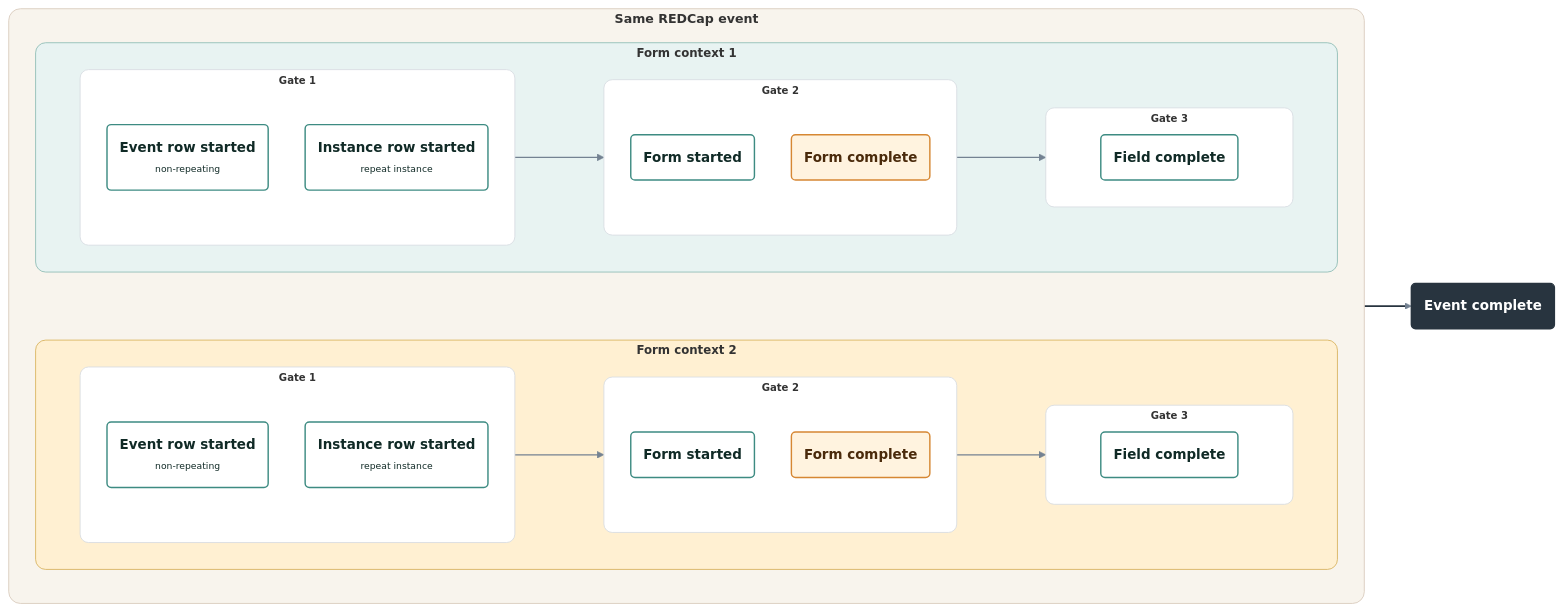
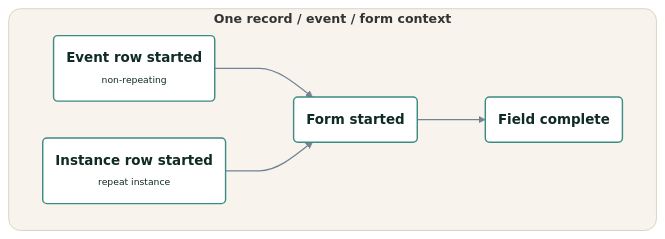
The diagram in README.Rmd (blankuzr/redcapmissing), drawn with Mermaid before and after one commit. The commit also changed other lines of this file and 22 other files, not shown here.

````diff
--- a/README.Rmd
+++ b/README.Rmd
@@ -75,75 +73,20 @@
 ```mermaid
 %%{init: {"flowchart": {"curve": "monotoneX", "nodeSpacing": 44, "rankSpacing": 56}, "themeVariables": {"fontFamily": "Aptos, Segoe UI, Helvetica, Arial, sans-serif"}}}%%
 flowchart LR
-  subgraph EV["<span style='font-size:15px;font-weight:700'>Same REDCap event</span>"]
-    direction TB
-
-    subgraph F1["<span style='font-size:14px;font-weight:700'>Form context 1</span>"]
-      direction LR
-      subgraph G1A["<span style='font-size:12px;font-weight:700'>Gate 1</span>"]
-        direction TB
-        A1("<span style='font-size:16px;font-weight:700'>Event row started</span><br/><span style='font-size:11px;color:#5f6f7c'>non-repeating</span>")
-        B1("<span style='font-size:16px;font-weight:700'>Instance row started</span><br/><span style='font-size:11px;color:#5f6f7c'>repeat instance</span>")
-      end
-
-      subgraph G2A["<span style='font-size:12px;font-weight:700'>Gate 2</span>"]
-        direction TB
-        C1("<span style='font-size:16px;font-weight:700'>Form started</span>")
-        D1("<span style='font-size:16px;font-weight:700'>Form complete</span>")
-      end
-
-      subgraph G3A["<span style='font-size:12px;font-weight:700'>Gate 3</span>"]
-        E1("<span style='font-size:16px;font-weight:700'>Field complete</span>")
-      end
-    end
-
-    subgraph F2["<span style='font-size:14px;font-weight:700'>Form context 2</span>"]
-      direction LR
-      subgraph G1B["<span style='font-size:12px;font-weight:700'>Gate 1</span>"]
-        direction TB
-        A2("<span style='font-size:16px;font-weight:700'>Event row started</span><br/><span style='font-size:11px;color:#5f6f7c'>non-repeating</span>")
-        B2("<span style='font-size:16px;font-weight:700'>Instance row started</span><br/><span style='font-size:11px;color:#5f6f7c'>repeat instance</span>")
-      end
-
-      subgraph G2B["<span style='font-size:12px;font-weight:700'>Gate 2</span>"]
-        direction TB
-        C2("<span style='font-size:16px;font-weight:700'>Form started</span>")
-        D2("<span style='font-size:16px;font-weight:700'>Form complete</span>")
-      end
-
-      subgraph G3B["<span style='font-size:12px;font-weight:700'>Gate 3</span>"]
-        E2("<span style='font-size:16px;font-weight:700'>Field complete</span>")
-      end
-    end
+  subgraph C["<span style='font-size:15px;font-weight:700'>One record / event / form context</span>"]
+    direction LR
+    A("<span style='font-size:16px;font-weight:700'>Event row started</span><br/><span style='font-size:11px;color:#5f6f7c'>non-repeating</span>")
+    B("<span style='font-size:16px;font-weight:700'>Instance row started</span><br/><span style='font-size:11px;color:#5f6f7c'>repeat instance</span>")
+    D("<span style='font-size:16px;font-weight:700'>Form started</span>")
+    E("<span style='font-size:16px;font-weight:700'>Field complete</span>")
   end
 
-  F("<span style='font-size:16px;font-weight:700'>Event complete</span>")
-
-  G1A ==> G2A
-  G2A ==> G3A
-
-  G1B ==> G2B
-  G2B ==> G3B
-
-  F1 ~~~ F2
-  EV --> F
+  A ==> D
+  B ==> D
+  D ==> E
 
   classDef check fill:#ffffff,stroke:#3d8b82,color:#102a26,stroke-width:1.7px;
-  classDef completion fill:#fff3df,stroke:#d68733,color:#4a2a0b,stroke-width:1.7px;
-  classDef final fill:#28343f,stroke:#28343f,color:#ffffff,stroke-width:1.7px;
-  class A1,B1,C1,E1,A2,B2,C2,E2 check;
-  class D1,D2 completion;
-  class F final;
-  style EV fill:#f8f4ed,stroke:#d8cabb,color:#28343f,rx:14,ry:14;
-  style F1 fill:#e8f3f2,stroke:#8bbab3,color:#163b45,rx:12,ry:12;
-  style F2 fill:#fff0d2,stroke:#d7b15a,color:#46320d,rx:12,ry:12;
-  style G1A fill:#ffffff,stroke:#d7dce2,color:#28343f,rx:10,ry:10;
-  style G2A fill:#ffffff,stroke:#d7dce2,color:#28343f,rx:10,ry:10;
-  style G3A fill:#ffffff,stroke:#d7dce2,color:#28343f,rx:10,ry:10;
-  style G1B fill:#ffffff,stroke:#d7dce2,color:#28343f,rx:10,ry:10;
-  style G2B fill:#ffffff,stroke:#d7dce2,color:#28343f,rx:10,ry:10;
-  style G3B fill:#ffffff,stroke:#d7dce2,color:#28343f,rx:10,ry:10;
+  class A,B,D,E check;
+  style C fill:#f8f4ed,stroke:#d8cabb,color:#28343f,rx:14,ry:14;
   linkStyle default stroke:#748292,stroke-width:1.5px;
-  linkStyle 4 stroke:transparent,stroke-width:0px;
-  linkStyle 5 stroke:#28343f,stroke-width:2px;
 ```
````
